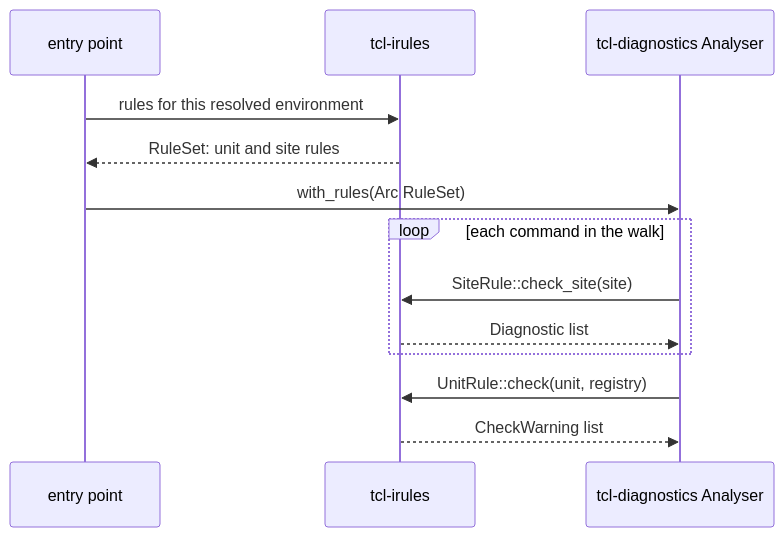
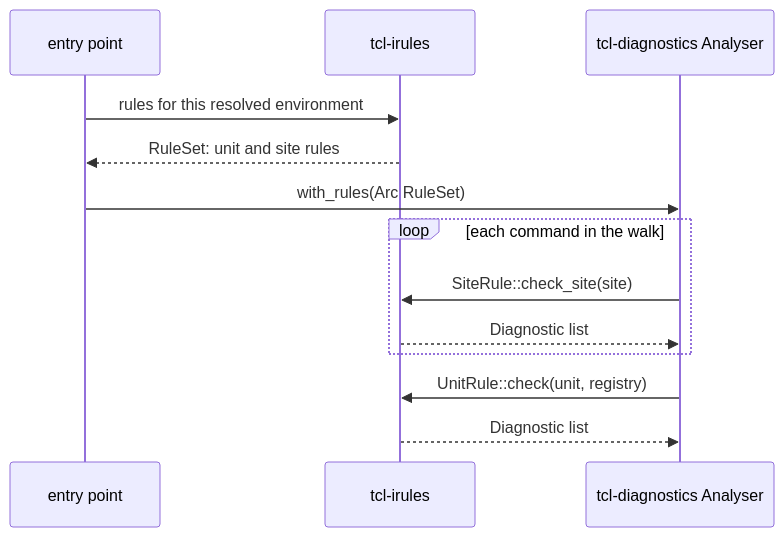
One commit to bitwisecook/tcl-lsp changed the second of 2 diagrams in docs/design/compiler/crate-split/12-diagnostics-optimiser.md. Above: the diagram before and after it, drawn with Mermaid. The commit also changed other lines of this file and 12 other files, not shown here.

````diff
--- a/docs/design/compiler/crate-split/12-diagnostics-optimiser.md
+++ b/docs/design/compiler/crate-split/12-diagnostics-optimiser.md
@@ -196,15 +201,15 @@
 ```mermaid
 sequenceDiagram
   participant Entry as entry point
   participant Irules as tcl-irules
   participant Analyser as tcl-diagnostics Analyser
   Entry->>Irules: rules for this resolved environment
   Irules-->>Entry: RuleSet: unit and site rules
   Entry->>Analyser: with_rules(Arc RuleSet)
   loop each command in the walk
     Analyser->>Irules: SiteRule::check_site(site)
     Irules-->>Analyser: Diagnostic list
   end
   Analyser->>Irules: UnitRule::check(unit, registry)
-  Irules-->>Analyser: CheckWarning list
+  Irules-->>Analyser: Diagnostic list
 ```
````
